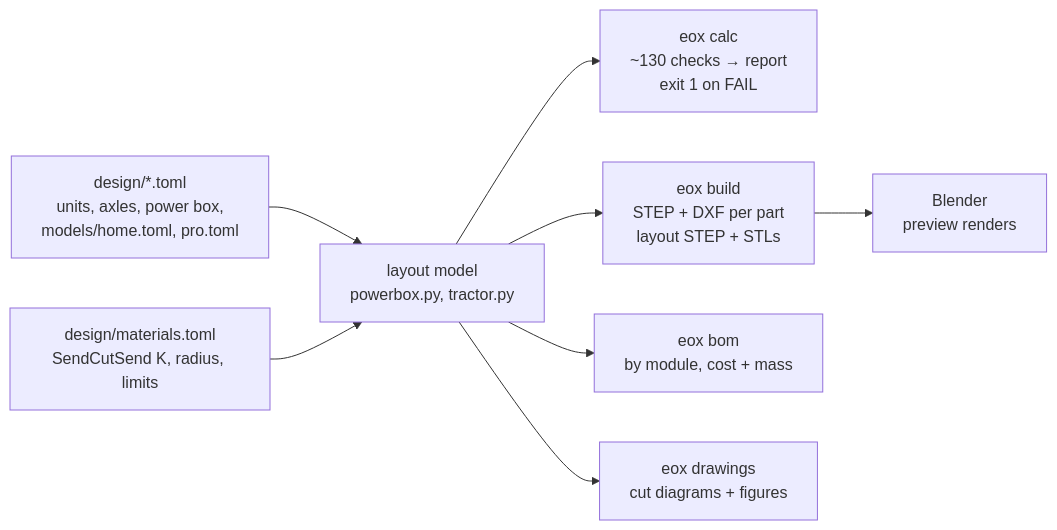
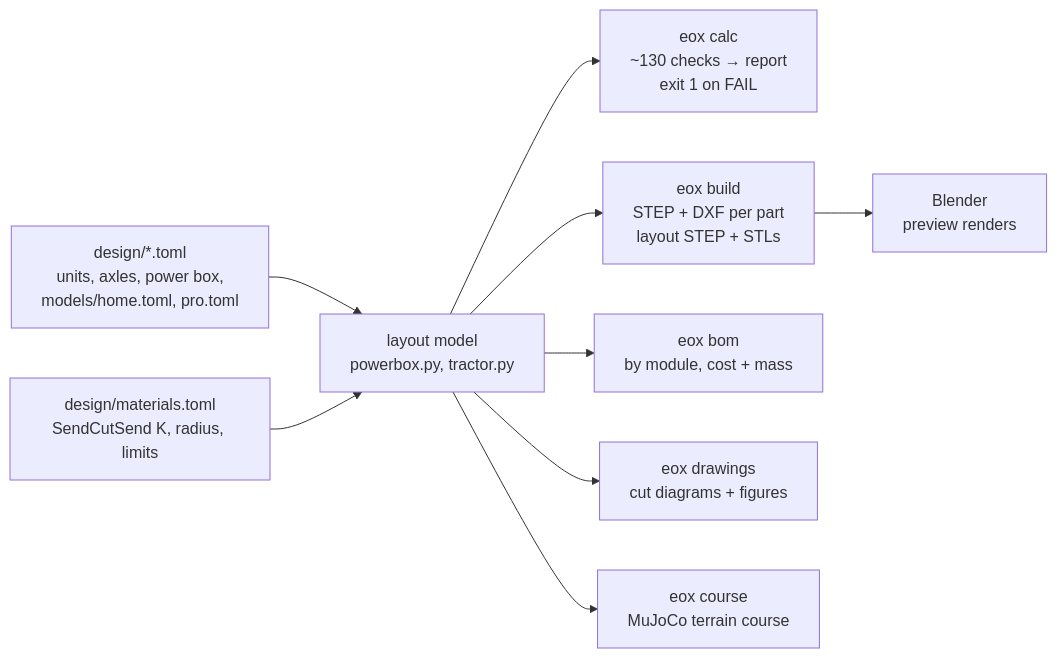
One commit to zacharyelston/EOx changed the third of 3 diagrams in README.md. Above: the diagram before and after it, drawn with Mermaid. The commit also changed other lines of this file and 23 other files, not shown here.

First line of the commit message:
Add a MuJoCo terrain course for both models

````diff
--- a/README.md
+++ b/README.md
@@ -298,10 +340,11 @@
 ```mermaid
 flowchart LR
   T["design/*.toml<br/>units, axles, power box,<br/>models/home.toml, pro.toml"] --> L["layout model<br/>powerbox.py, tractor.py"]
   M["design/materials.toml<br/>SendCutSend K, radius, limits"] --> L
   L --> C["eox calc<br/>~130 checks → report<br/>exit 1 on FAIL"]
   L --> B["eox build<br/>STEP + DXF per part<br/>layout STEP + STLs"]
   L --> O["eox bom<br/>by module, cost + mass"]
   L --> D["eox drawings<br/>cut diagrams + figures"]
+  L --> S["eox course<br/>MuJoCo terrain course"]
   B --> R["Blender<br/>preview renders"]
 ```
````
